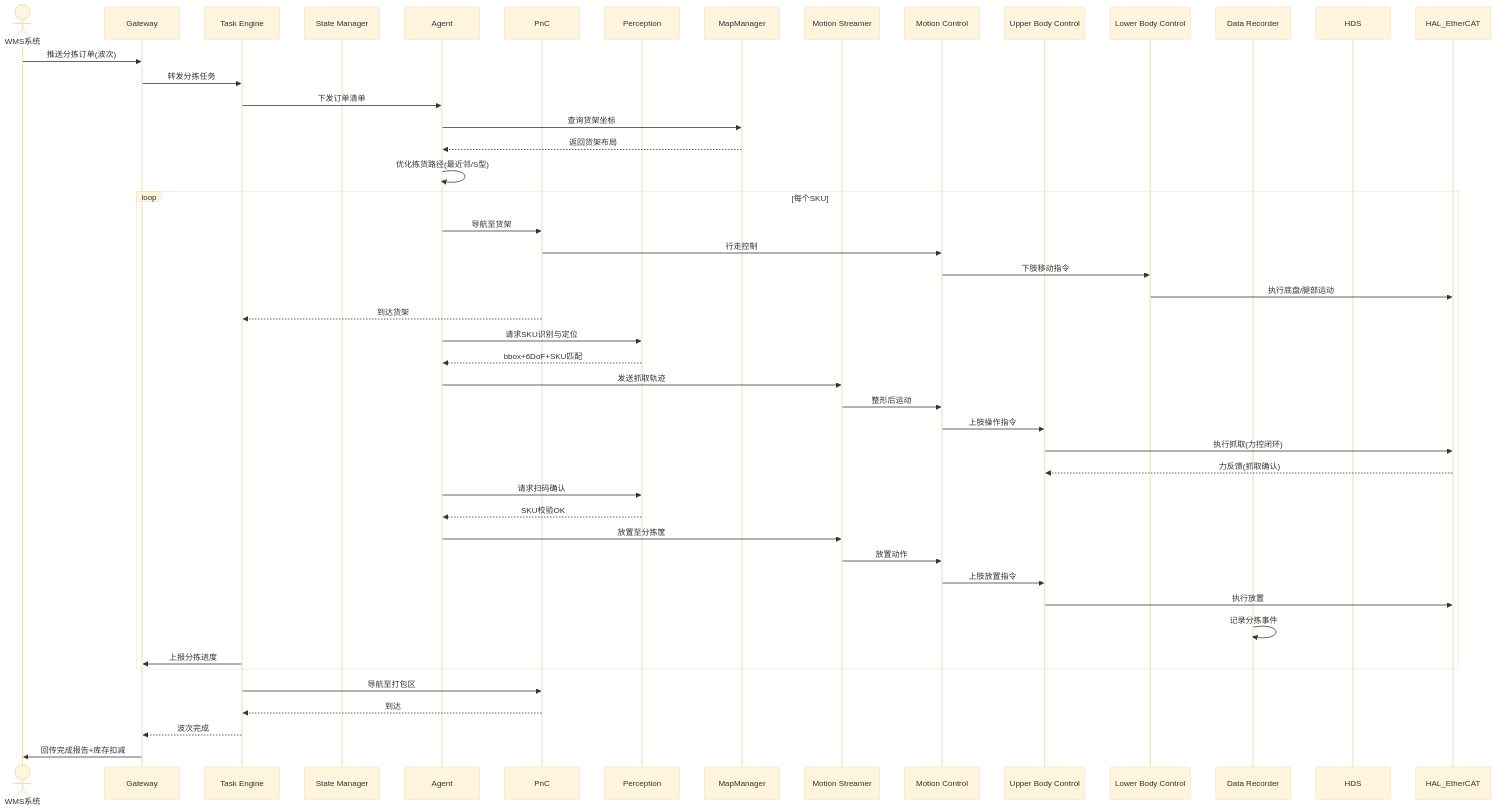
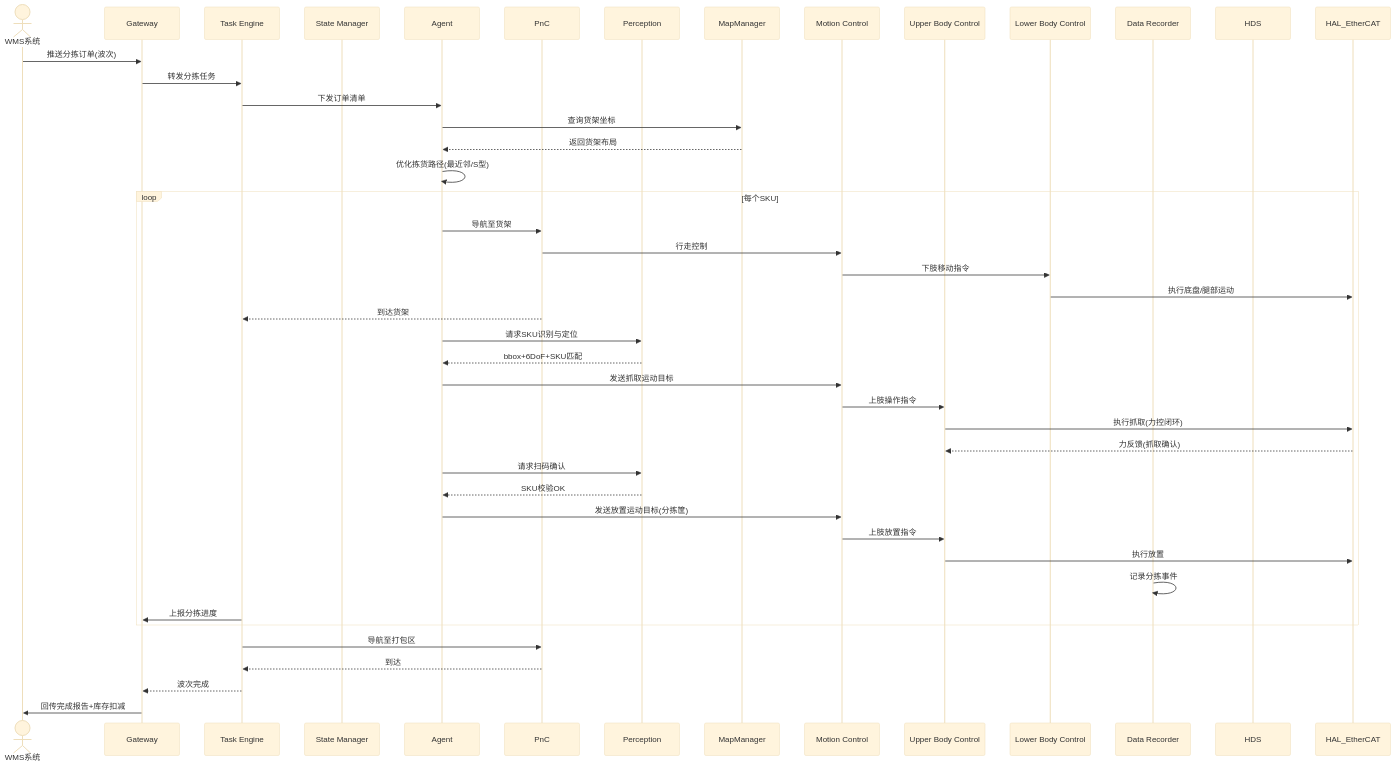
The diagram in design/use_cases/use_case_09_warehouse_sorting.md (Tomaxwell/HomoBot), drawn with Mermaid (base theme) before and after one commit. The commit also changed other lines of this file and 66 other files, not shown here.

````diff
--- a/design/use_cases/use_case_09_warehouse_sorting.md
+++ b/design/use_cases/use_case_09_warehouse_sorting.md
@@ -28,57 +28,54 @@
 ```mermaid
 sequenceDiagram
     actor WMS as WMS系统
     participant Gateway
     participant TE as Task Engine
     participant SM as State Manager
     participant Agent as Agent
     participant PnC as PnC
     participant Perception as Perception
     participant MapManager as MapManager
-    participant MS as Motion Streamer
     participant MC as Motion Control
     participant UC as Upper Body Control
     participant LC as Lower Body Control
     participant DR as Data Recorder
     participant HDS as HDS
 
     WMS->>Gateway: 推送分拣订单(波次)
     Gateway->>TE: 转发分拣任务
     TE->>Agent: 下发订单清单
     Agent->>MapManager: 查询货架坐标
     MapManager-->>Agent: 返回货架布局
     Agent->>Agent: 优化拣货路径(最近邻/S型)
 
     loop 每个SKU
         Agent->>PnC: 导航至货架
         PnC->>MC: 行走控制
         MC->>LC: 下肢移动指令
         LC->>HAL_EtherCAT: 执行底盘/腿部运动
         PnC-->>TE: 到达货架
 
         Agent->>Perception: 请求SKU识别与定位
         Perception-->>Agent: bbox+6DoF+SKU匹配
 
-        Agent->>MS: 发送抓取轨迹
-        MS->>MC: 整形后运动
+        Agent->>MC: 发送抓取运动目标
         MC->>UC: 上肢操作指令
         UC->>HAL_EtherCAT: 执行抓取(力控闭环)
         HAL_EtherCAT-->>UC: 力反馈(抓取确认)
 
         Agent->>Perception: 请求扫码确认
         Perception-->>Agent: SKU校验OK
 
-        Agent->>MS: 放置至分拣筐
-        MS->>MC: 放置动作
+        Agent->>MC: 发送放置运动目标(分拣筐)
         MC->>UC: 上肢放置指令
         UC->>HAL_EtherCAT: 执行放置
         DR->>DR: 记录分拣事件
 
         TE->>Gateway: 上报分拣进度
     end
 
     TE->>PnC: 导航至打包区
     PnC-->>TE: 到达
     TE-->>Gateway: 波次完成
     Gateway->>WMS: 回传完成报告+库存扣减
 ```
````
